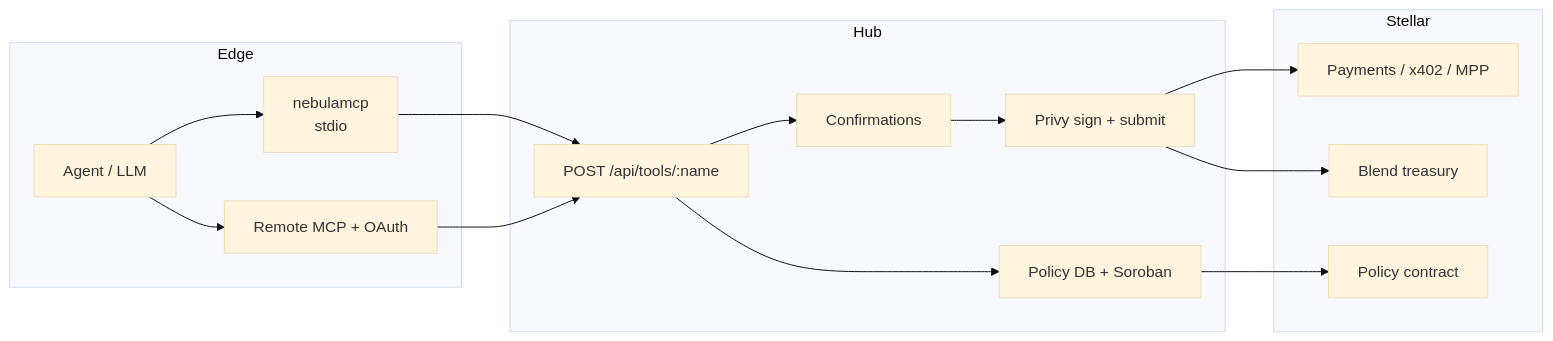
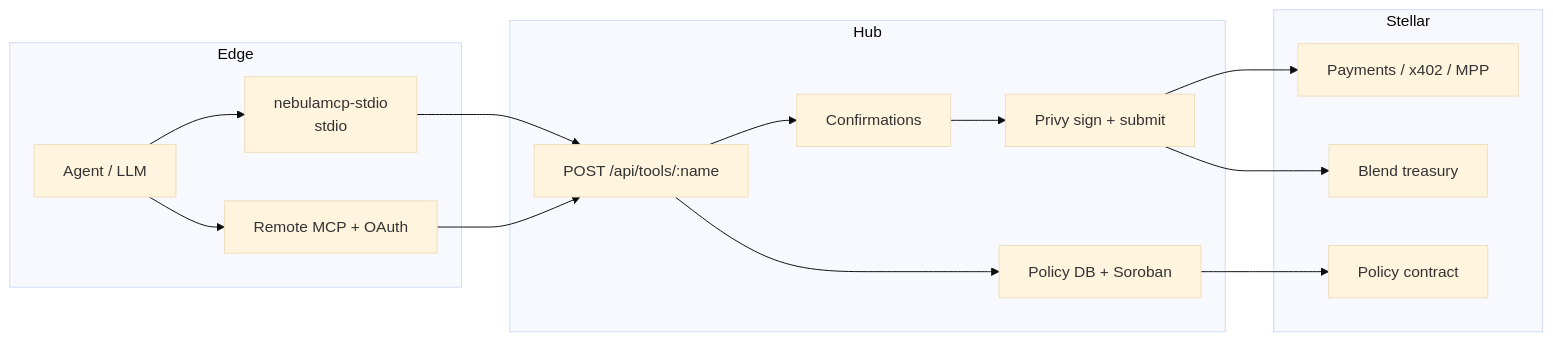
Before and after one commit to Caerlower/Nebula: the diagram in docs/ARCHITECTURE.md, drawn with Mermaid (base theme). The commit also changed other lines of this file and 8 other files, not shown here.

First line of the commit message:
chore: publish MCP stdio package as nebulamcp-stdio

````diff
--- a/docs/ARCHITECTURE.md
+++ b/docs/ARCHITECTURE.md
@@ -5,29 +5,29 @@
 ```mermaid
 flowchart LR
   subgraph edge [Edge]
     A[Agent / LLM]
-    M["nebulamcp<br/>stdio"]
+    M["nebulamcp-stdio<br/>stdio"]
     O[Remote MCP + OAuth]
   end
 
   subgraph hub [Hub]
     T["POST /api/tools/:name"]
     C[Confirmations]
     P[Policy DB + Soroban]
     S[Privy sign + submit]
   end
 
   subgraph stellar [Stellar]
     X[Payments / x402 / MPP]
     B[Blend treasury]
     R[Policy contract]
   end
 
   A --> M --> T
   A --> O --> T
   T --> C --> S
   T --> P
   P --> R
   S --> X
   S --> B
 ```
````
